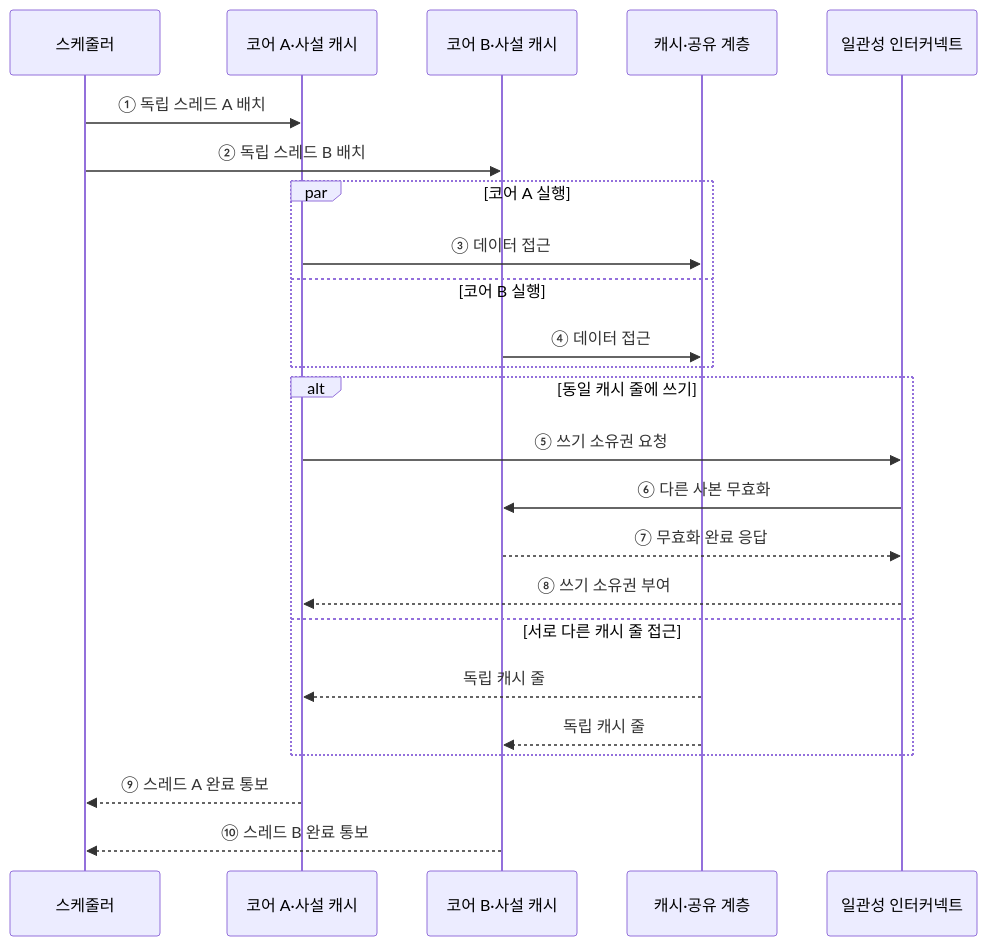
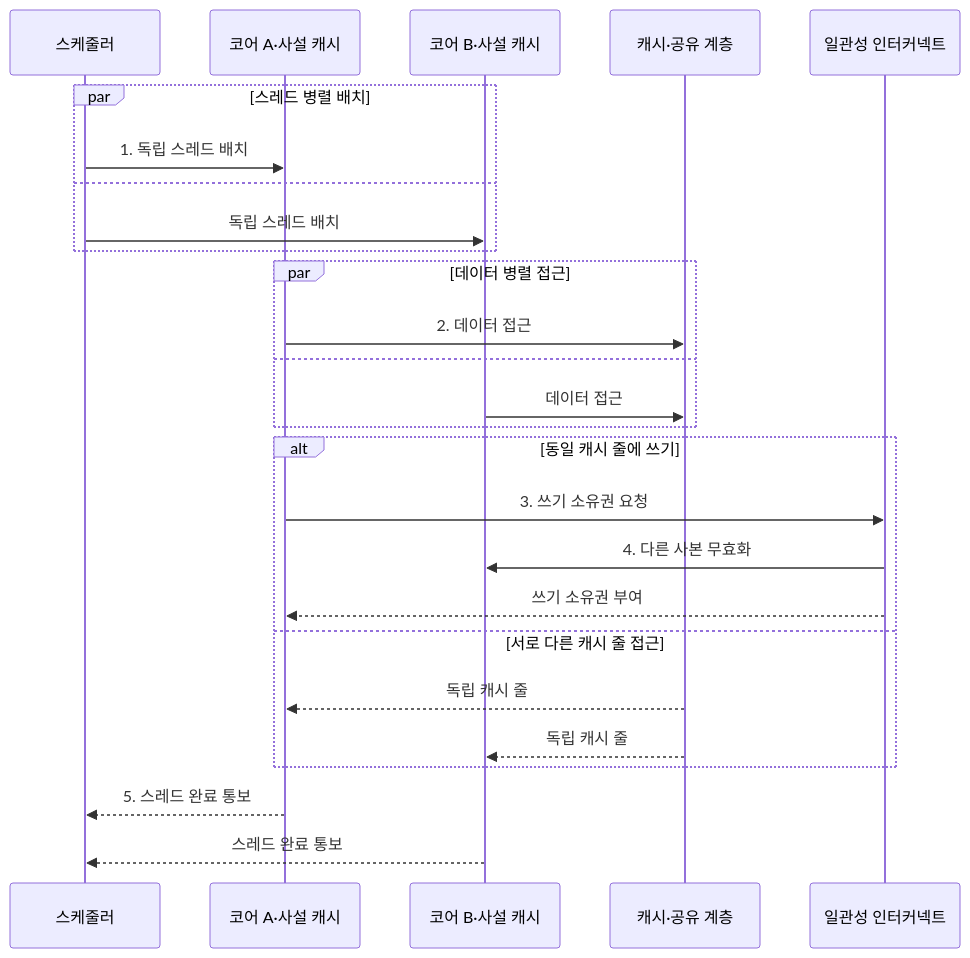
The second of 2 diagrams in src/content/docs/notes/02-hardware/010_multicore_processor.md (agnusdei1207/knowledge-base), drawn with Mermaid before and after one commit. The commit also changed other lines of this file and 20 other files, not shown here.

````diff
--- a/src/content/docs/notes/02-hardware/010_multicore_processor.md
+++ b/src/content/docs/notes/02-hardware/010_multicore_processor.md
@@ -78,27 +86,29 @@
 ```mermaid
 sequenceDiagram
     participant S as 스케줄러
     participant A as 코어 A·사설 캐시
     participant B as 코어 B·사설 캐시
     participant L as 캐시·공유 계층
     participant I as 일관성 인터커넥트
 
-    S->>A: ① 독립 스레드 A 배치
-    S->>B: ② 독립 스레드 B 배치
-    par 코어 A 실행
-        A->>L: ③ 데이터 접근
-    and 코어 B 실행
-        B->>L: ④ 데이터 접근
+    par 스레드 병렬 배치
+        S->>A: 1. 독립 스레드 배치
+    and
+        S->>B: 독립 스레드 배치
+    end
+    par 데이터 병렬 접근
+        A->>L: 2. 데이터 접근
+    and
+        B->>L: 데이터 접근
     end
     alt 동일 캐시 줄에 쓰기
-        A->>I: ⑤ 쓰기 소유권 요청
-        I->>B: ⑥ 다른 사본 무효화
-        B-->>I: ⑦ 무효화 완료 응답
-        I-->>A: ⑧ 쓰기 소유권 부여
+        A->>I: 3. 쓰기 소유권 요청
+        I->>B: 4. 다른 사본 무효화
+        I-->>A: 쓰기 소유권 부여
     else 서로 다른 캐시 줄 접근
         L-->>A: 독립 캐시 줄
         L-->>B: 독립 캐시 줄
     end
-    A-->>S: ⑨ 스레드 A 완료 통보
-    B-->>S: ⑩ 스레드 B 완료 통보
+    A-->>S: 5. 스레드 완료 통보
+    B-->>S: 스레드 완료 통보
 ```
````
